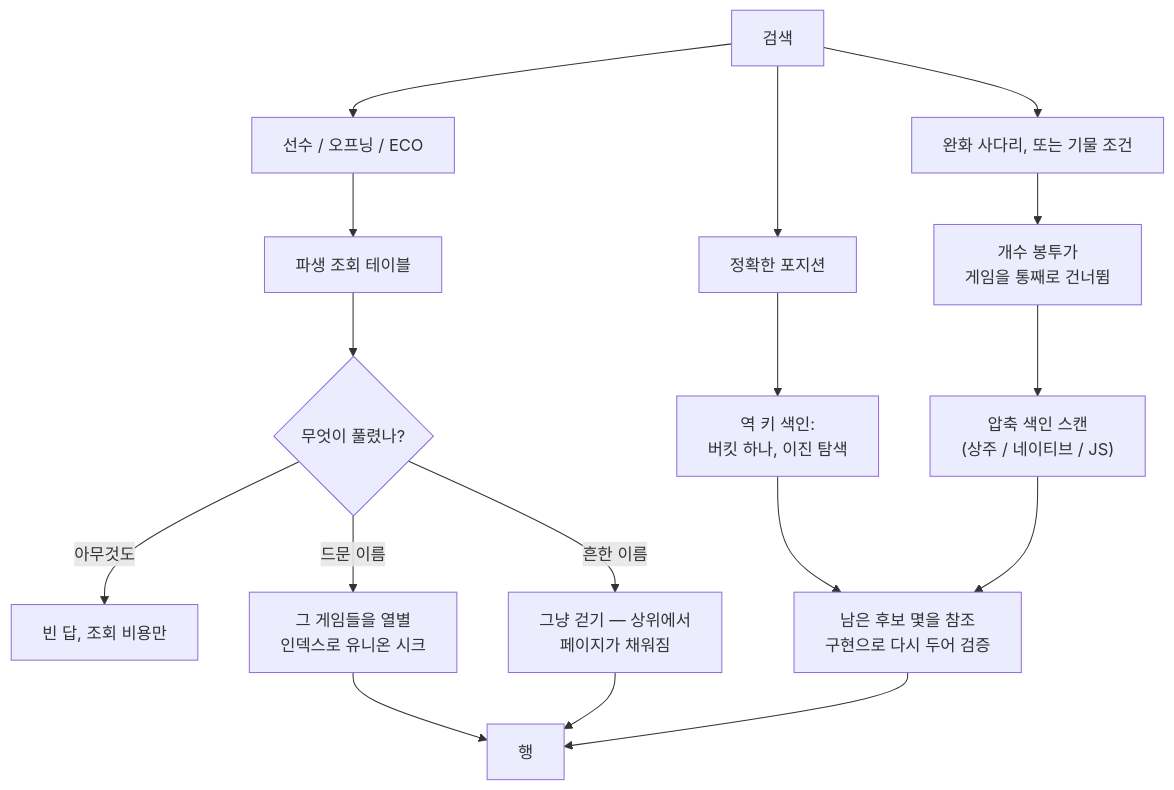
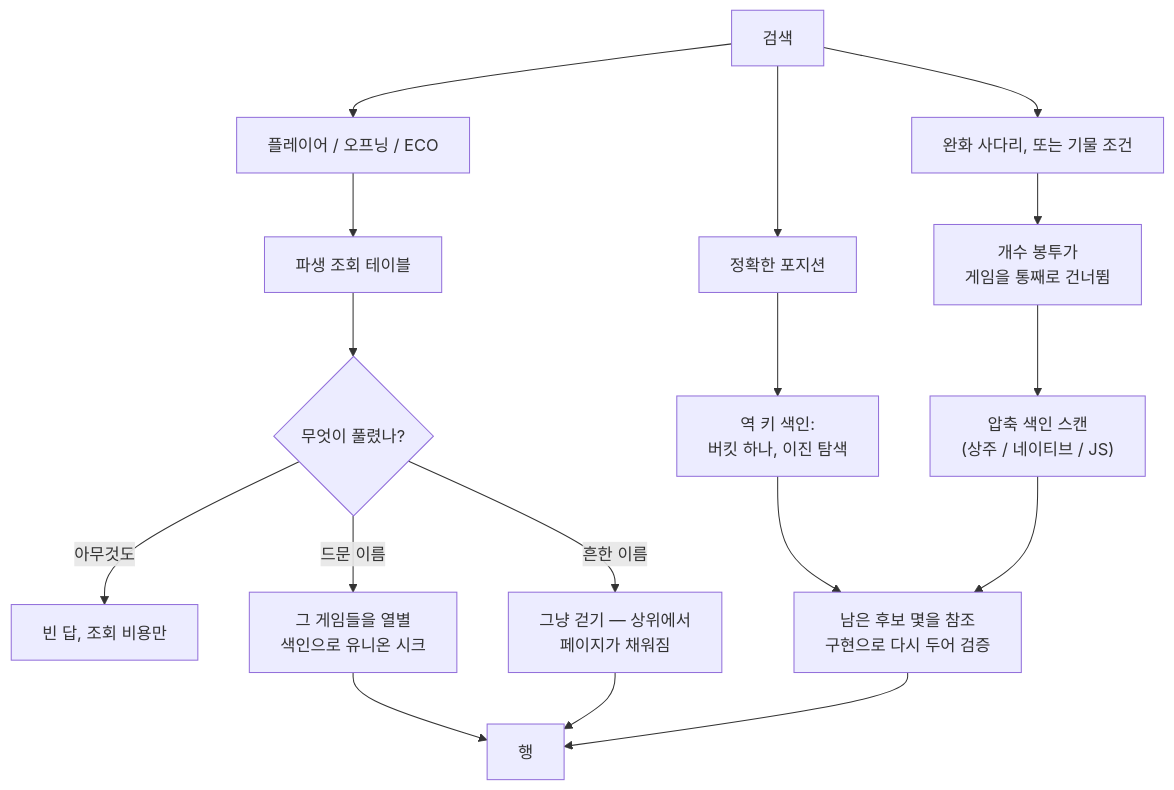
Before and after one commit to chessvault-app/chessvault: the diagram in docs/databases.ko.md, drawn with Mermaid. The commit also changed other lines of this file and 5 other files, not shown here.

First line of the commit message:
Bring the databases, architecture and deferred docs to the app's vocabulary

````diff
--- a/docs/databases.ko.md
+++ b/docs/databases.ko.md
@@ -180,24 +182,24 @@
 ```mermaid
 flowchart TD
-  q["검색"] --> text["선수 / 오프닝 / ECO"]
+  q["검색"] --> text["플레이어 / 오프닝 / ECO"]
   q --> exact["정확한 포지션"]
   q --> hunt["완화 사다리, 또는 기물 조건"]
   text --> lut["파생 조회 테이블"] --> plan{"무엇이 풀렸나?"}
   plan -- "아무것도" --> empty["빈 답, 조회 비용만"]
   plan -- "드문 이름" --> seek["그 게임들을 열별
-  인덱스로 유니온 시크"]
+  색인으로 유니온 시크"]
   plan -- "흔한 이름" --> walk["그냥 걷기 — 상위에서
   페이지가 채워짐"]
   exact --> ki["역 키 색인:
   버킷 하나, 이진 탐색"]
   hunt --> env["개수 봉투가
   게임을 통째로 건너뜀"]
   env --> packs["압축 색인 스캔
   (상주 / 네이티브 / JS)"]
   ki --> verify["남은 후보 몇을 참조
   구현으로 다시 두어 검증"]
   packs --> verify
   verify --> rows["행"]
   seek --> rows
   walk --> rows
 ```
````
